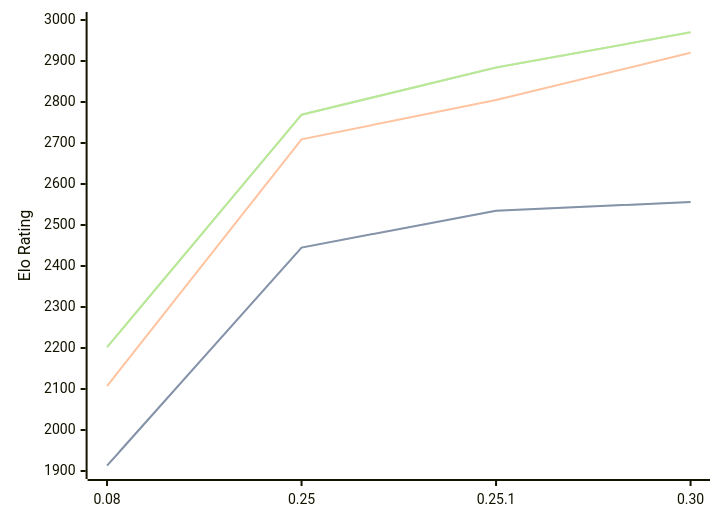
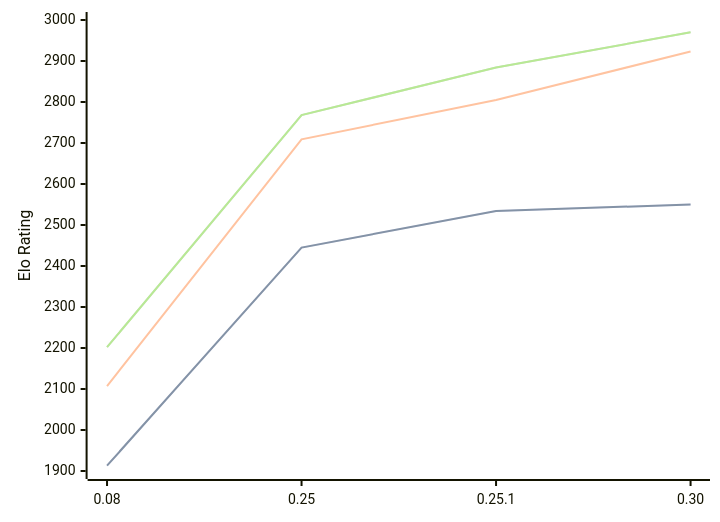
One commit to computer-chess-index/cci changed the diagram in engines/Gecko.md. Above: the diagram before and after it, drawn with Mermaid. The commit also changed other lines of this file, not shown here.

Commit message:
Update CCI Ratings (ELO VLTC) - 2026-05-07

````diff
--- a/engines/Gecko.md
+++ b/engines/Gecko.md
@@ -34,11 +34,11 @@
 ```mermaid
 %%{init: {"theme":"base","themeVariables":{"seriesColors:['#a3a3a3','#222221','#faa371']}}}%%
 xychart-beta
   x-axis ["0.08", "0.25", "0.25.1", "0.30"]
   y-axis "Elo Rating" 1900 --> 3000
-  line "STC (8.0+0.08s)" [1913, 2445, 2535, 2556]
-  line "STC (8.0+0.08s)" [1913, 2445, 2535, 2556]
-  line "LTC (60.0+0.60s)" [2107, 2709, 2805, 2920]
-  line "VLTC (2m24s+1.12s)" [2202, 2769, 2884, 2970]
-  line "VLTC (2m24s+1.12s)" [2202, 2769, 2884, 2970]
+  line "STC (8.0+0.08s)" [1913, 2445, 2534, 2550]
+  line "STC (8.0+0.08s)" [1913, 2445, 2534, 2550]
+  line "LTC (60.0+0.60s)" [2107, 2709, 2805, 2923]
+  line "VLTC (2m24s+1.12s)" [2202, 2768, 2884, 2970]
+  line "VLTC (2m24s+1.12s)" [2202, 2768, 2884, 2970]
 ```
````
